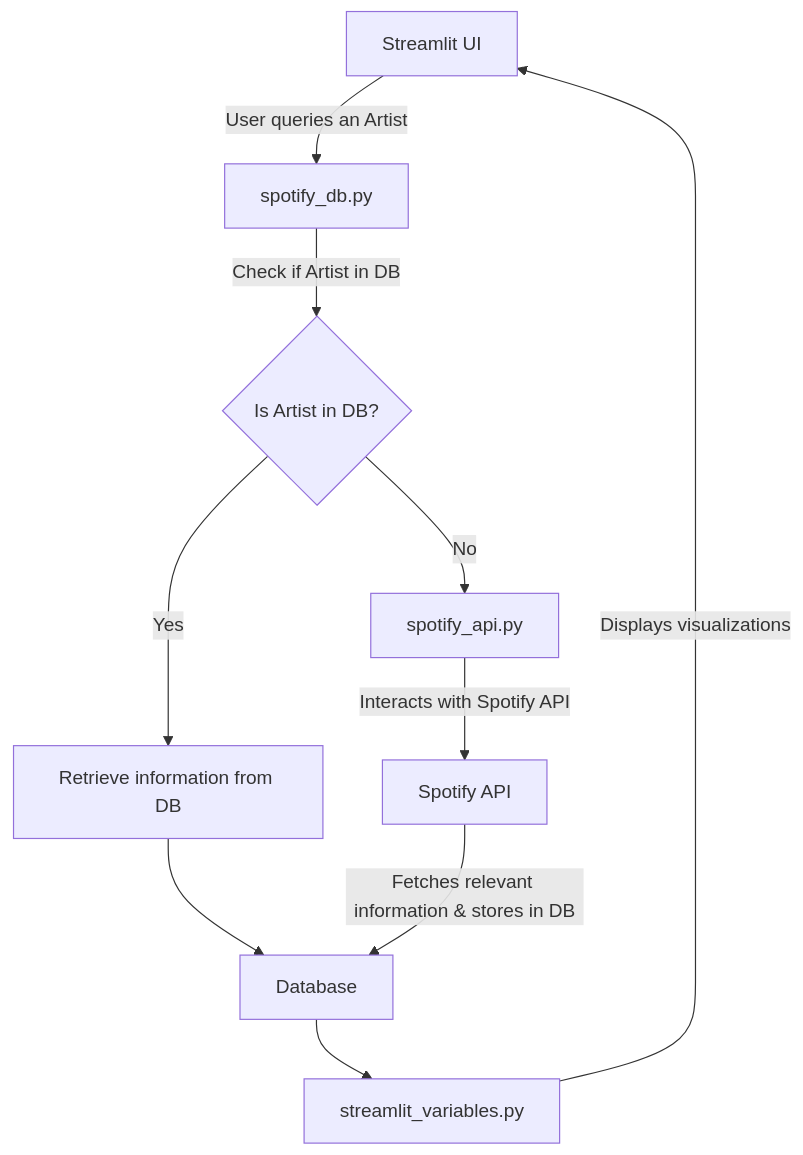
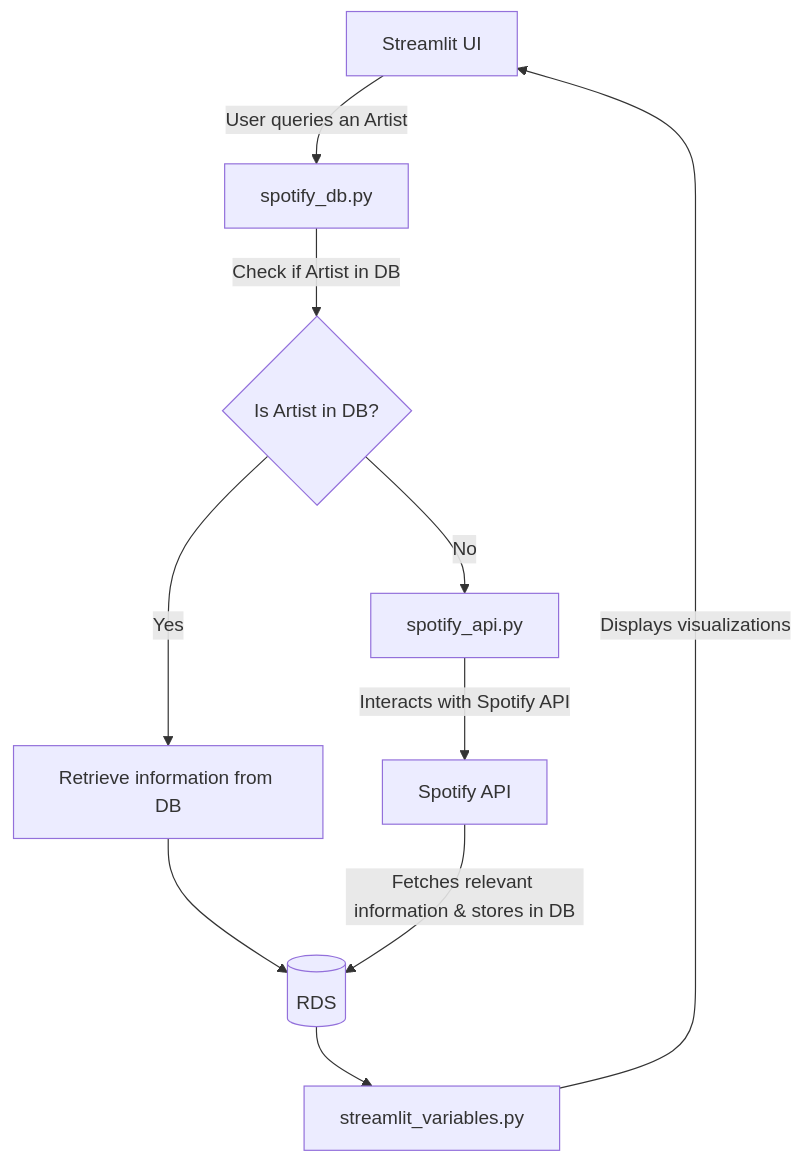
The fourth of 4 diagrams in flowchart.md (michaelareyes/608-spotify-app), drawn with Mermaid before and after one commit.

````diff
--- a/flowchart.md
+++ b/flowchart.md
@@ -84,17 +84,17 @@
 ```mermaid
 graph TD;
     Streamlit_UI --> |User queries an Artist| spotify_db_py
     CheckArtist -->|No| spotify_api_py[spotify_api.py]
     spotify_api_py -->|Interacts with Spotify API| Spotify_API[Spotify API]
 
     spotify_db_py[spotify_db.py] -->|Check if Artist in DB| CheckArtist{Is Artist in DB?}
     
     CheckArtist -->|Yes| RetrieveInfo[Retrieve information from DB]
     RetrieveInfo -->engine
     engine --> streamlit_variables.py
 
     streamlit_variables.py -->|Displays visualizations| Streamlit_UI[Streamlit UI]
     
-    Spotify_API -->|Fetches relevant information & stores in DB| engine[Database]
+    Spotify_API -->|Fetches relevant information & stores in DB| engine[(RDS)]
 
 ```
````
